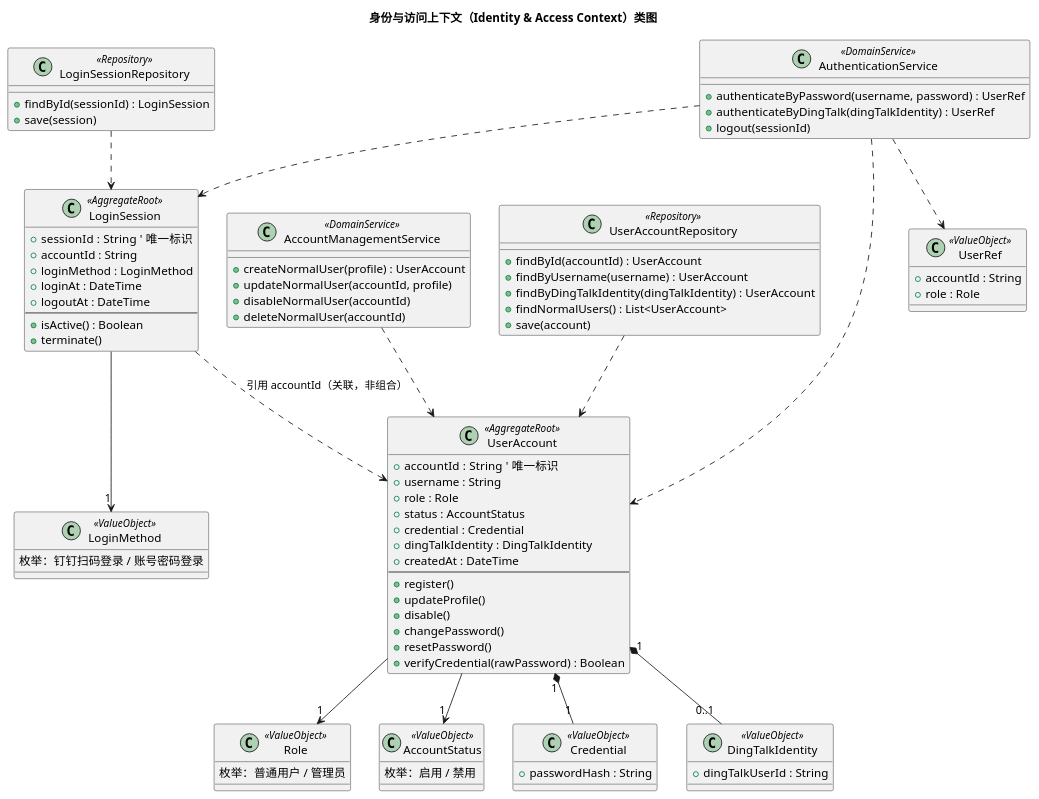
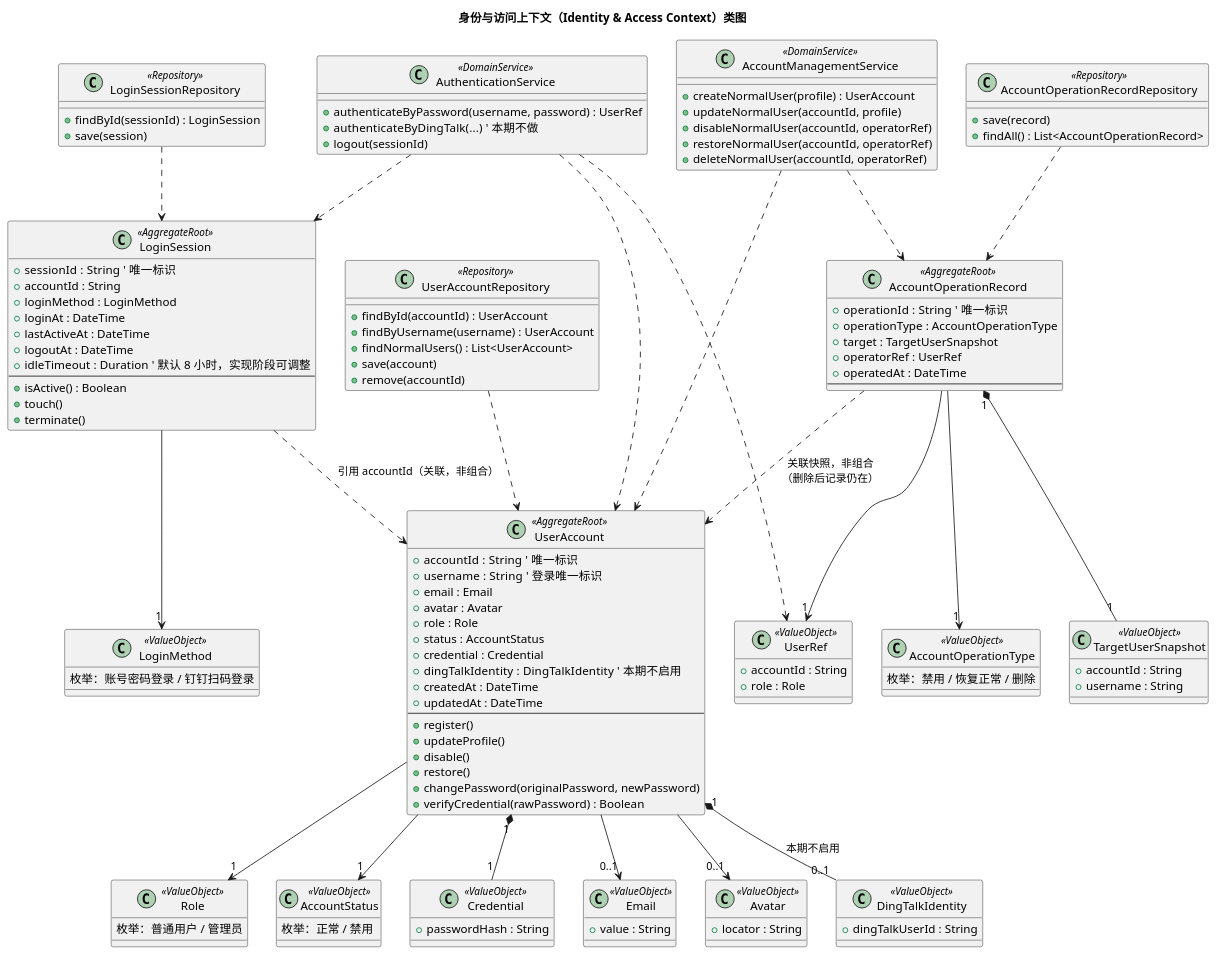
The second of 10 diagrams in docs/prd/02-领域模型.md (Wendy123wx/OMS-AI-RAG-Agent), drawn with PlantUML before and after one commit. The commit also changed other lines of this file, not shown here.

````diff
--- a/docs/prd/02-领域模型.md
+++ b/docs/prd/02-领域模型.md
@@ -266,18 +339,21 @@
 
 class UserAccount <<AggregateRoot>> {
   +accountId : String  ' 唯一标识
-  +username : String
+  +username : String  ' 登录唯一标识
+  +email : Email
+  +avatar : Avatar
   +role : Role
   +status : AccountStatus
   +credential : Credential
-  +dingTalkIdentity : DingTalkIdentity
+  +dingTalkIdentity : DingTalkIdentity  ' 本期不启用
   +createdAt : DateTime
+  +updatedAt : DateTime
   --
   +register()
   +updateProfile()
   +disable()
-  +changePassword()
-  +resetPassword()
+  +restore()
+  +changePassword(originalPassword, newPassword)
   +verifyCredential(rawPassword) : Boolean
 }
 
@@ -286,10 +362,23 @@
   +accountId : String
   +loginMethod : LoginMethod
   +loginAt : DateTime
+  +lastActiveAt : DateTime
   +logoutAt : DateTime
+  +idleTimeout : Duration  ' 默认 8 小时，实现阶段可调整
   --
   +isActive() : Boolean
+  +touch()
   +terminate()
+}
+
+class AccountOperationRecord <<AggregateRoot>> {
+  +operationId : String  ' 唯一标识
+  +operationType : AccountOperationType
+  +target : TargetUserSnapshot
+  +operatorRef : UserRef
+  +operatedAt : DateTime
+  --
+  ' 仅创建与查看，不可改删
 }
 
 class Role <<ValueObject>> {
@@ -298,23 +387,33 @@
 }
 
 class AccountStatus <<ValueObject>> {
-  枚举：启用 / 禁用
+  枚举：正常 / 禁用
   ' 不可变
 }
 
 class LoginMethod <<ValueObject>> {
-  枚举：钉钉扫码登录 / 账号密码登录
-  ' 不可变
+  枚举：账号密码登录 / 钉钉扫码登录
+  ' 不可变；钉钉扫码本期不启用
 }
 
 class Credential <<ValueObject>> {
   +passwordHash : String
-  ' 不可变，整体替换式修改
+  ' 不可变，整体替换式修改；概念级哈希，非存储设计
+}
+
+class Email <<ValueObject>> {
+  +value : String
+  ' 不可变
+}
+
+class Avatar <<ValueObject>> {
+  +locator : String
+  ' 不可变
 }
 
 class DingTalkIdentity <<ValueObject>> {
   +dingTalkUserId : String
-  ' 不可变；与系统账号绑定规则待确认（PRD 9.1）
+  ' 不可变；本期不做，不用于认证与关联
 }
 
 class UserRef <<ValueObject>> {
@@ -323,25 +422,37 @@
   ' 不可变，供其他上下文引用
 }
 
+class AccountOperationType <<ValueObject>> {
+  枚举：禁用 / 恢复正常 / 删除
+  ' 不可变
+}
+
+class TargetUserSnapshot <<ValueObject>> {
+  +accountId : String
+  +username : String
+  ' 不可变；账号删除后仍可追溯
+}
+
 class AuthenticationService <<DomainService>> {
   +authenticateByPassword(username, password) : UserRef
-  +authenticateByDingTalk(dingTalkIdentity) : UserRef
+  +authenticateByDingTalk(...)  ' 本期不做
   +logout(sessionId)
 }
 
 class AccountManagementService <<DomainService>> {
   +createNormalUser(profile) : UserAccount
   +updateNormalUser(accountId, profile)
-  +disableNormalUser(accountId)
-  +deleteNormalUser(accountId)
+  +disableNormalUser(accountId, operatorRef)
+  +restoreNormalUser(accountId, operatorRef)
+  +deleteNormalUser(accountId, operatorRef)
 }
 
 class UserAccountRepository <<Repository>> {
   +findById(accountId) : UserAccount
   +findByUsername(username) : UserAccount
-  +findByDingTalkIdentity(dingTalkIdentity) : UserAccount
   +findNormalUsers() : List<UserAccount>
   +save(account)
+  +remove(accountId)
 }
 
 class LoginSessionRepository <<Repository>> {
@@ -349,18 +460,31 @@
   +save(session)
 }
 
+class AccountOperationRecordRepository <<Repository>> {
+  +save(record)
+  +findAll() : List<AccountOperationRecord>
+}
+
 UserAccount "1" *-- "1" Credential
-UserAccount "1" *-- "0..1" DingTalkIdentity
+UserAccount "1" *-- "0..1" DingTalkIdentity : 本期不启用
 UserAccount --> "1" Role
 UserAccount --> "1" AccountStatus
+UserAccount --> "0..1" Email
+UserAccount --> "0..1" Avatar
 LoginSession --> "1" LoginMethod
 LoginSession ..> UserAccount : 引用 accountId（关联，非组合）
+AccountOperationRecord "1" *-- "1" TargetUserSnapshot
+AccountOperationRecord --> "1" AccountOperationType
+AccountOperationRecord --> "1" UserRef
+AccountOperationRecord ..> UserAccount : 关联快照，非组合\n（删除后记录仍在）
 AuthenticationService ..> UserAccount
 AuthenticationService ..> LoginSession
 AuthenticationService ..> UserRef
 AccountManagementService ..> UserAccount
+AccountManagementService ..> AccountOperationRecord
 UserAccountRepository ..> UserAccount
 LoginSessionRepository ..> LoginSession
+AccountOperationRecordRepository ..> AccountOperationRecord
 
 @enduml
 ```
````
